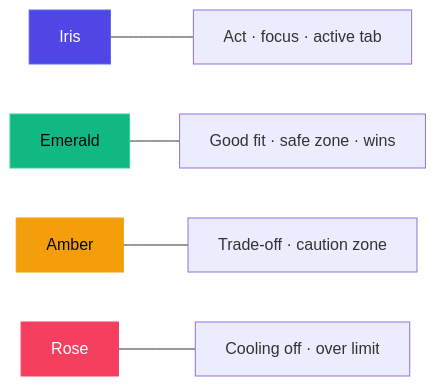
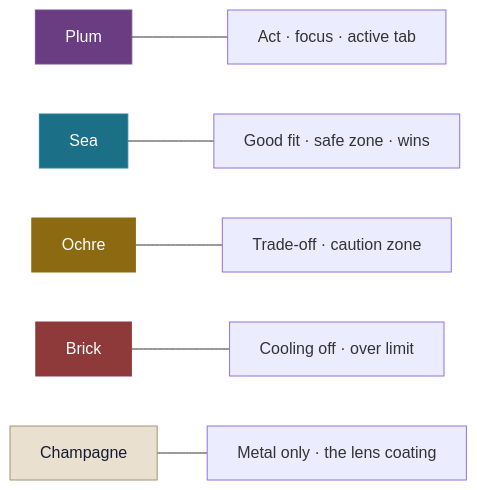
The first of 2 diagrams in docs/DESIGN_SYSTEM.md (KrishKamra/Clarion), drawn with Mermaid before and after one commit. The commit also changed other lines of this file and 146 other files, not shown here.

````diff
--- a/docs/DESIGN_SYSTEM.md
+++ b/docs/DESIGN_SYSTEM.md
@@ -36,11 +42,13 @@
 ```mermaid
 flowchart LR
-  I["Iris"] --- I1["Act · focus · active tab"]
-  E["Emerald"] --- E1["Good fit · safe zone · wins"]
-  A["Amber"] --- A1["Trade-off · caution zone"]
-  R["Rose"] --- R1["Cooling off · over limit"]
-  style I fill:#4F46E5,color:#fff,stroke:#6366F1
-  style E fill:#10B981,color:#07080B,stroke:#34D399
-  style A fill:#F59E0B,color:#07080B,stroke:#F59E0B
-  style R fill:#F43F5E,color:#fff,stroke:#F43F5E
+  P["Plum"] --- P1["Act · focus · active tab"]
+  S["Sea"] --- S1["Good fit · safe zone · wins"]
+  O["Ochre"] --- O1["Trade-off · caution zone"]
+  B["Brick"] --- B1["Cooling off · over limit"]
+  C["Champagne"] --- C1["Metal only · the lens coating"]
+  style P fill:#6A3C82,color:#fff,stroke:#7E4A97
+  style S fill:#1B6F86,color:#fff,stroke:#2A8299
+  style O fill:#8C6A12,color:#fff,stroke:#8C6A12
+  style B fill:#8E3A3A,color:#fff,stroke:#8E3A3A
+  style C fill:#EAE0CF,color:#151B33,stroke:#A39275
 ```
````
